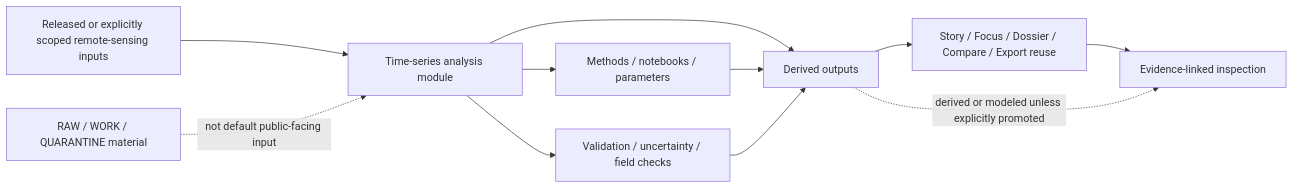
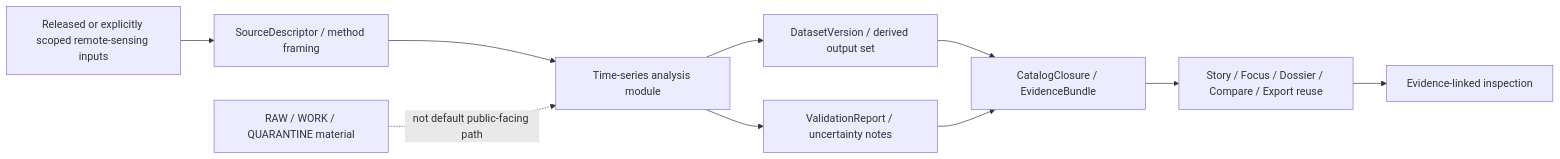
The diagram in docs/analyses/remote-sensing/time-series/README.md (bartytime4life/Kansas-Frontier-Matrix), drawn with Mermaid before and after one commit. The commit also changed other lines of this file, not shown here.

First line of the commit message:
Revise README for time-series remote sensing module

````diff
--- a/docs/analyses/remote-sensing/time-series/README.md
+++ b/docs/analyses/remote-sensing/time-series/README.md
@@ -280,13 +338,12 @@
 ```mermaid
 flowchart LR
-    A["Released or explicitly scoped remote-sensing inputs"] --> B["Time-series analysis module"]
-    B --> C["Methods / notebooks / parameters"]
-    B --> D["Derived outputs"]
-    B --> E["Validation / uncertainty / field checks"]
-    C --> D
-    E --> D
-    D --> F["Story / Focus / Dossier / Compare / Export reuse"]
-    F --> G["Evidence-linked inspection"]
-    H["RAW / WORK / QUARANTINE material"] -. not default public-facing input .-> B
-    D -. derived or modeled unless explicitly promoted .-> G
+    A["Released or explicitly scoped remote-sensing inputs"] --> B["SourceDescriptor / method framing"]
+    B --> C["Time-series analysis module"]
+    C --> D["DatasetVersion / derived output set"]
+    C --> E["ValidationReport / uncertainty notes"]
+    D --> F["CatalogClosure / EvidenceBundle"]
+    E --> F
+    F --> G["Story / Focus / Dossier / Compare / Export reuse"]
+    G --> H["Evidence-linked inspection"]
+    X["RAW / WORK / QUARANTINE material"] -. not default public-facing path .-> C
 ```
````
